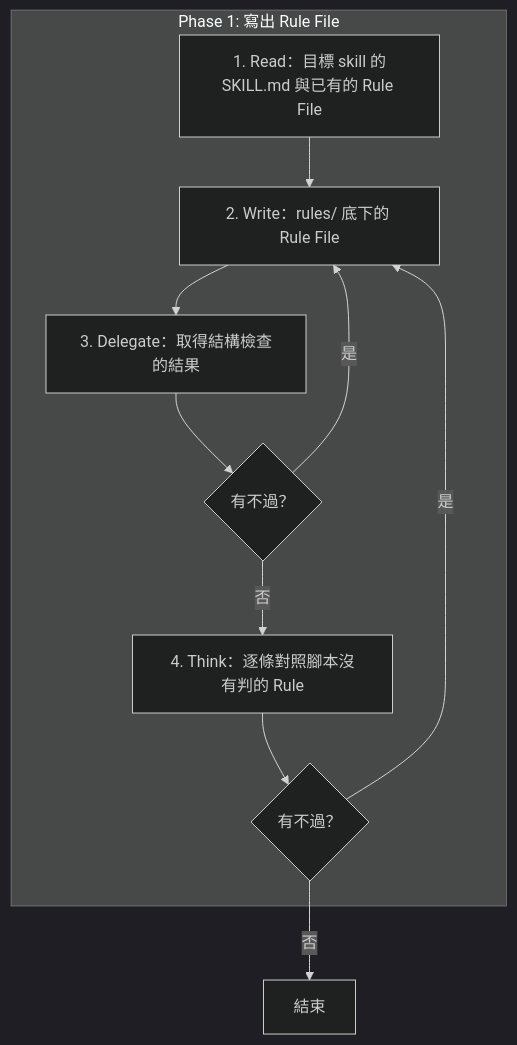
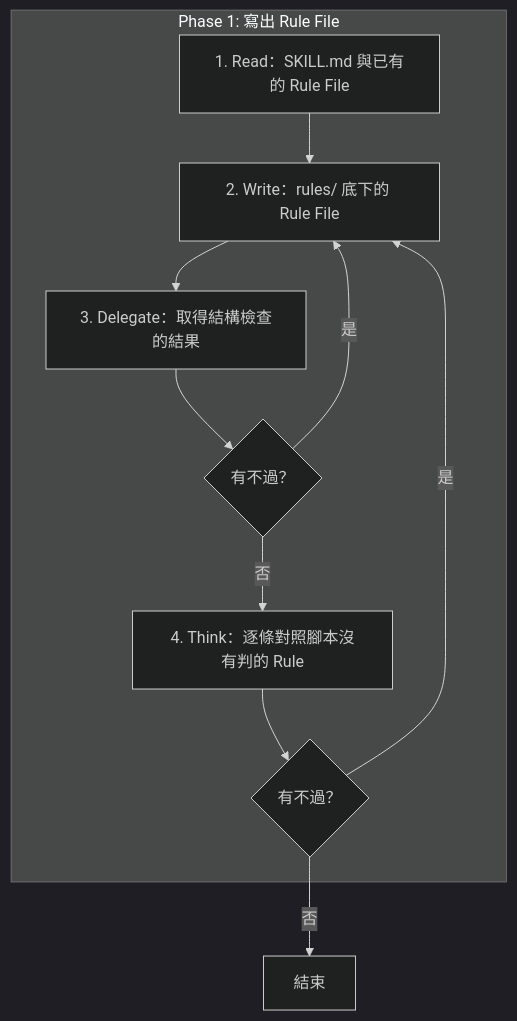
The diagram in .agents/skills/skill-form-rule/SKILL.md (AI-x-BDD/BDGG-Dev-Skills), drawn with Mermaid (dark theme) before and after one commit. The commit also changed other lines of this file and 33 other files, not shown here.

````diff
--- a/.agents/skills/skill-form-rule/SKILL.md
+++ b/.agents/skills/skill-form-rule/SKILL.md
@@ -17,20 +17,20 @@
 ```mermaid
 flowchart TD
     subgraph P1["Phase 1: 寫出 Rule File"]
-        P1S1["1. Read：目標 skill 的<br/>SKILL.md 與已有的 Rule File"]
+        P1S1["1. Read：SKILL.md 與已有的 Rule File"]
         P1S2["2. Write：rules/ 底下的 Rule File"]
         P1S3["3. Delegate：取得結構檢查的結果"]
         G_P1S3_1{"有不過？"}
         P1S4["4. Think：逐條對照腳本沒有判的 Rule"]
         G_P1S4_1{"有不過？"}
     end
     End["結束"]
     P1S1 --> P1S2
     P1S2 --> P1S3
     P1S3 --> G_P1S3_1
     G_P1S3_1 -->|是| P1S2
     G_P1S3_1 -->|否| P1S4
     P1S4 --> G_P1S4_1
     G_P1S4_1 -->|是| P1S2
     G_P1S4_1 -->|否| End
 ```
````
